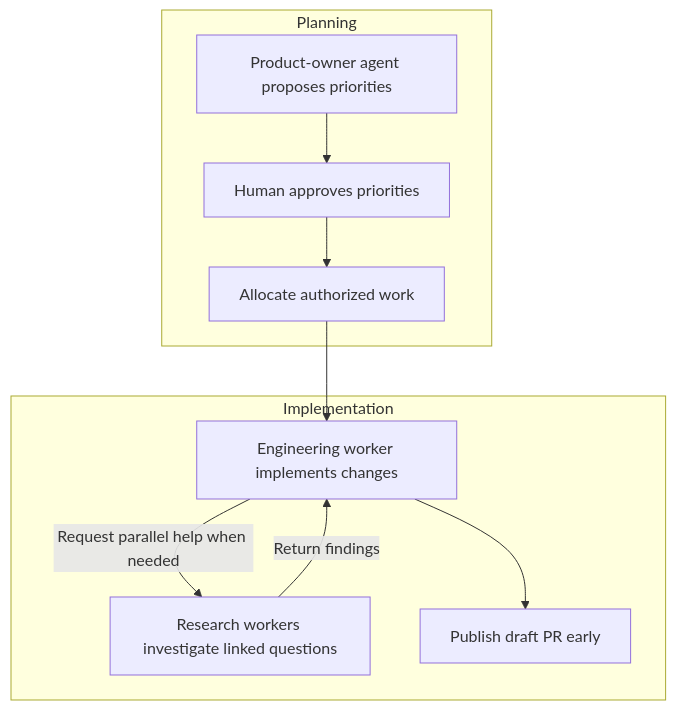
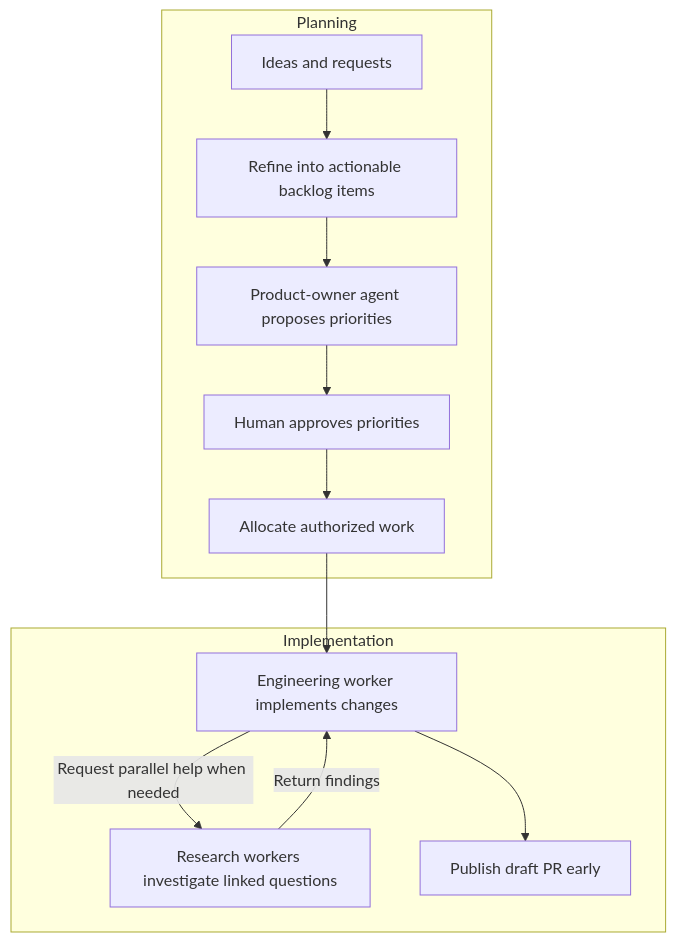
Before and after one commit to dataclique/metagenda: the third of 6 diagrams in SPEC.md, drawn with Mermaid. The commit also changed other lines of this file, not shown here.

````diff
--- a/SPEC.md
+++ b/SPEC.md
@@ -186,18 +182,20 @@
 ```mermaid
 flowchart TD
     subgraph Planning[Planning]
+        Intake[Ideas and requests]
+        Refine[Refine into actionable backlog items]
         Product[Product-owner agent proposes priorities]
         Owner[Human approves priorities]
         Assign[Allocate authorized work]
-        Product --> Owner --> Assign
+        Intake --> Refine --> Product --> Owner --> Assign
     end
     subgraph Engineering[Implementation]
         Engineer[Engineering worker implements changes]
         Research[Research workers investigate linked questions]
         Draft[Publish draft PR early]
         Engineer -->|Request parallel help when needed| Research
         Research -->|Return findings| Engineer
         Engineer --> Draft
     end
     Assign --> Engineer
 ```
````
